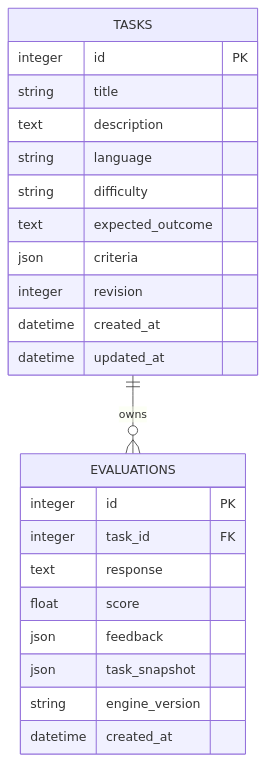
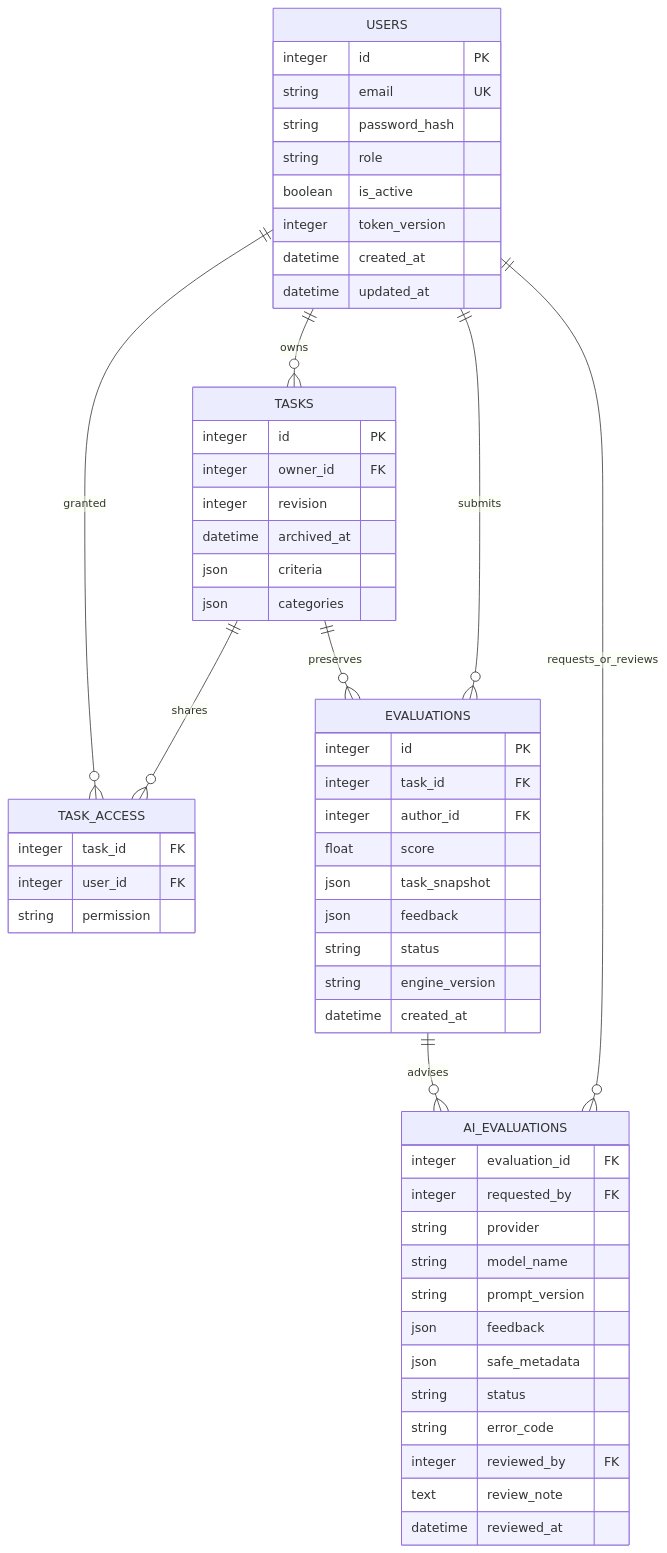
One commit to BelemaBeyonce/apiforge changed the diagram in docs/DATABASE.md. Above: the diagram before and after it, drawn with Mermaid. The commit also changed other lines of this file and 47 other files, not shown here.

Commit message:
Add authenticated task ownership, preserved history and optional AI review

````diff
--- a/docs/DATABASE.md
+++ b/docs/DATABASE.md
@@ -3,26 +3,58 @@
 ```mermaid
 erDiagram
-    TASKS ||--o{ EVALUATIONS : owns
+    USERS ||--o{ TASKS : owns
+    USERS ||--o{ TASK_ACCESS : granted
+    TASKS ||--o{ TASK_ACCESS : shares
+    TASKS ||--o{ EVALUATIONS : preserves
+    EVALUATIONS ||--o{ AI_EVALUATIONS : advises
+    USERS ||--o{ EVALUATIONS : submits
+    USERS ||--o{ AI_EVALUATIONS : requests_or_reviews
+    USERS {
+        integer id PK
+        string email UK
+        string password_hash
+        string role
+        boolean is_active
+        integer token_version
+        datetime created_at
+        datetime updated_at
+    }
     TASKS {
         integer id PK
-        string title
-        text description
-        string language
-        string difficulty
-        text expected_outcome
+        integer owner_id FK
+        integer revision
+        datetime archived_at
         json criteria
-        integer revision
-        datetime created_at
-        datetime updated_at
+        json categories
+    }
+    TASK_ACCESS {
+        integer task_id FK
+        integer user_id FK
+        string permission
     }
     EVALUATIONS {
         integer id PK
         integer task_id FK
-        text response
+        integer author_id FK
         float score
+        json task_snapshot
         json feedback
-        json task_snapshot
+        string status
         string engine_version
         datetime created_at
     }
+    AI_EVALUATIONS {
+        integer evaluation_id FK
+        integer requested_by FK
+        string provider
+        string model_name
+        string prompt_version
+        json feedback
+        json safe_metadata
+        string status
+        string error_code
+        integer reviewed_by FK
+        text review_note
+        datetime reviewed_at
+    }
 ```
````
